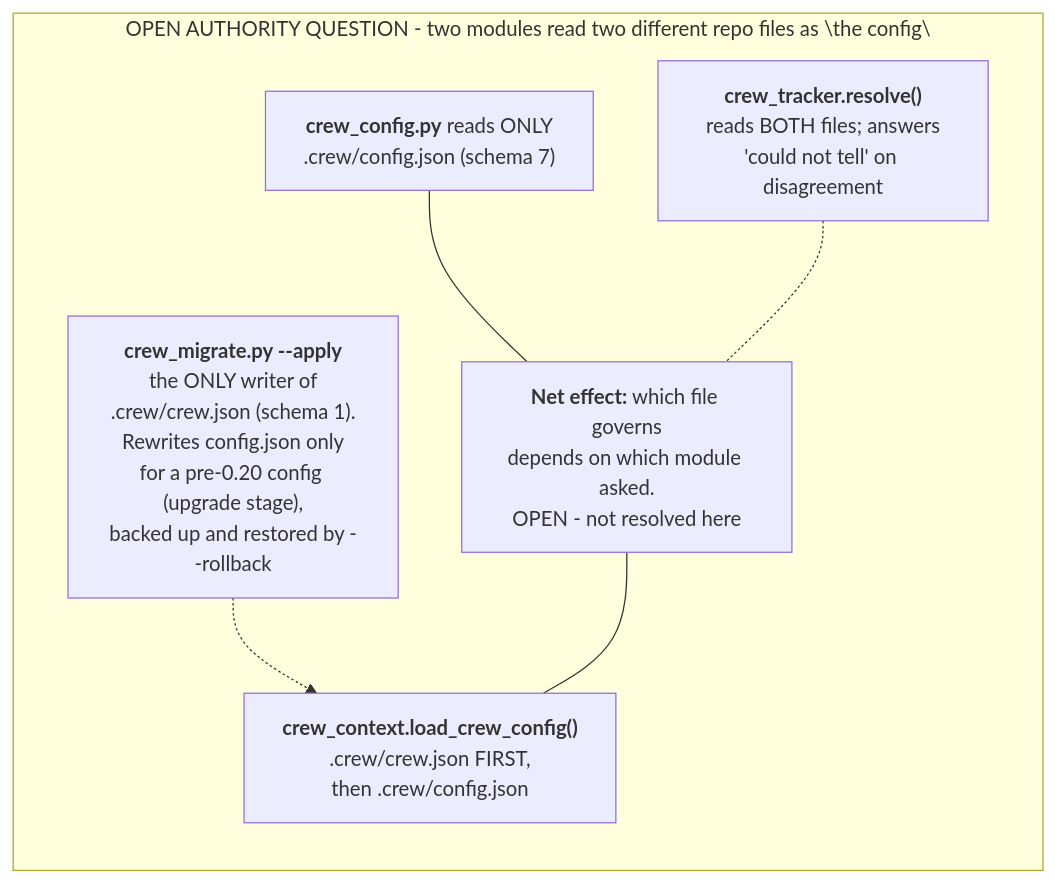
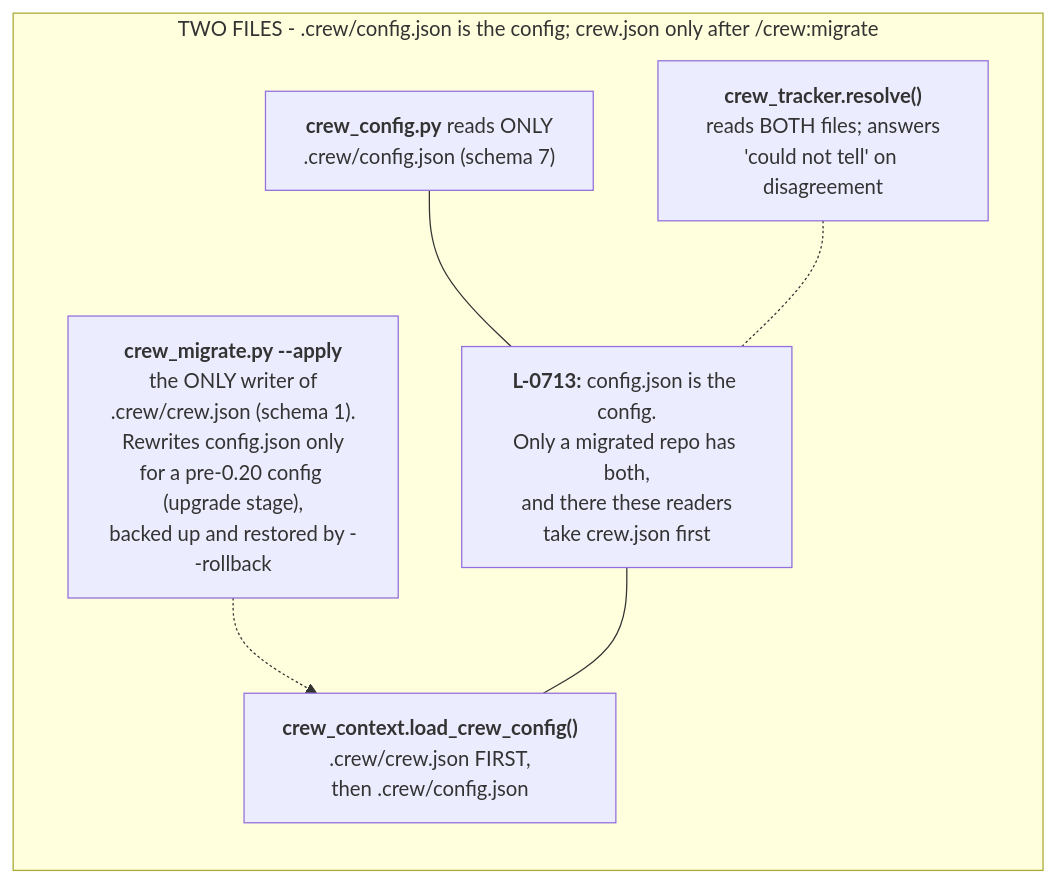
One commit to mbadali25/useful-claude-add-ons changed the diagram in docs/diagrams/data-flow-crew-config-two-files.mmd. Above: the diagram before and after it, drawn with Mermaid. The commit also changed 70 other files, not shown here.

First line of the commit message:
L-0713: one true quickstart - crew 1.2.7

```diff
--- a/docs/diagrams/data-flow-crew-config-two-files.mmd
+++ b/docs/diagrams/data-flow-crew-config-two-files.mmd
@@ -1,43 +1,43 @@
 %% Generated from useful-claude-add-ons@452b30cc on 2026-10-02. Verify before trusting.
 %% Anchors: plugin/crew/hooks/scripts/crew_config.py, plugin/crew/hooks/scripts/crew_context.py, plugin/crew/hooks/scripts/crew_migrate.py, plugin/crew/hooks/scripts/crew_tracker.py
-%% Purpose: An open question: crew_config.py reads .crew/config.json while crew_context.py reads .crew/crew.json first, so which file governs depends on which module asks.
+%% Purpose: Which repo file is the config: .crew/config.json, which /crew:init writes and crew_config.py and every gate read (L-0713); .crew/crew.json exists only after /crew:migrate, and crew_context.py reads it first when it does.
 %% Split from data-flow-crew-config.mmd (the overview); edges to other parts are drawn there.
-%%  5. AN OPEN AUTHORITY QUESTION, drawn because the code disagrees with
-%%     itself, not because this diagram resolves it: `crew_migrate.py --apply`
+%%  5. THE AUTHORITY QUESTION, settled for the docs by L-0713 (2026-10-08):
+%%     `.crew/config.json` is the repo config. `crew_migrate.py --apply`
 %%     is the only writer of `.crew/crew.json` (schema 1); crew_config.py
 %%     (the ratchet, the guards, verify-gate.sh, /crew:config, /crew:model)
 %%     reads ONLY `.crew/config.json` (schema 7, crew_config.py:1 docstring);
 %%     crew_context.py's load_crew_config (:121-132) reads `crew.json` FIRST
 %%     and falls back to `config.json` only if `crew.json` is absent. A repo
 %%     that has run --apply has both files, and which one governs a given
-%%     read depends on which module asked. Labelled OPEN below; deciding which
-%%     file should win is scribe's decision to record, not this diagram's.
+%%     read depends on which module asked. A repo `/crew:init` set up has
+%%     config.json only, so the split reaches only a repo that ran migrate.
 %% Note CFGREAD: crew_config.py reads ONLY .crew/config.json (schema 7) module docstring :1; ratchet, guards,
 %%    verify-gate.sh, /crew:config, /crew:model all route through this module
 %% Note CTXREAD: crew_context.load_crew_config() plugin/crew/hooks/scripts/crew_context.py:122-133 tries
 %%    .crew/crew.json FIRST, falls back to .crew/config.json only if crew.json is absent
 %% Note MIGRATE: crew_migrate.py --apply the ONLY writer of .crew/crew.json (schema 1). Rewrites
 %%    config.json only for a pre-0.20 config (no schema, or 1-6: the upgrade stage, _load_legacy /
 %%    _plan_upgrade, T-0038), backed up and restored byte-identical by --rollback - crew_config.py keeps
 %%    reading config.json regardless
-%% Note OPEN: Net effect: a repo that has run --apply has BOTH files, and which one governs a given read
-%%    depends on which module asked. Not resolved by this diagram - a decision for scribe to record, not this
-%%    note's to make.
+%% Note OPEN: L-0713: .crew/config.json is the repo config - /crew:init writes it and every gate reads it. Only
+%%    a repo that has run --apply has BOTH files, and there crew_context, crew_resume, crew_refresh_check,
+%%    crew_tracker and crew_diagrams read crew.json first.
 %% Note TRKREAD: crew_tracker.resolve() plugin/crew/hooks/scripts/crew_tracker.py:212 tracker key only: reads
 %%    BOTH files (crew.json tracker.kind, config.json tracker) and answers 'could not tell' when they disagree
 %%    - on the kind, on the vault, boardDir, board or lane names each yields (defaults and memory.vaultPath
 %%    fallback applied; a value only one file yields counts), or on a jira/sdp block - refuses rather than
 %%    picks
 flowchart TB
 
-    subgraph TwoFiles["OPEN AUTHORITY QUESTION - two modules read two different repo files as \"the config\""]
+    subgraph TwoFiles["TWO FILES - .crew/config.json is the config; crew.json only after /crew:migrate"]
         direction TB
         CFGREAD["<b>crew_config.py</b> reads ONLY<br/>.crew/config.json (schema 7)"]
         CTXREAD["<b>crew_context.load_crew_config()</b><br/>.crew/crew.json FIRST,<br/>then .crew/config.json"]
         MIGRATE["<b>crew_migrate.py --apply</b><br/>the ONLY writer of<br/>.crew/crew.json (schema 1).<br/>Rewrites config.json only<br/>for a pre-0.20 config (upgrade stage),<br/>backed up and restored by --rollback"]
-        OPEN["<b>Net effect:</b> which file governs<br/>depends on which module asked.<br/>OPEN - not resolved here"]
+        OPEN["<b>L-0713:</b> config.json is the config.<br/>Only a migrated repo has both,<br/>and there these readers<br/>take crew.json first"]
         TRKREAD["<b>crew_tracker.resolve()</b><br/>reads BOTH files; answers<br/>'could not tell' on disagreement"]
         MIGRATE -.-> CTXREAD
         CFGREAD --- OPEN --- CTXREAD
         TRKREAD -.- OPEN
     end
```
